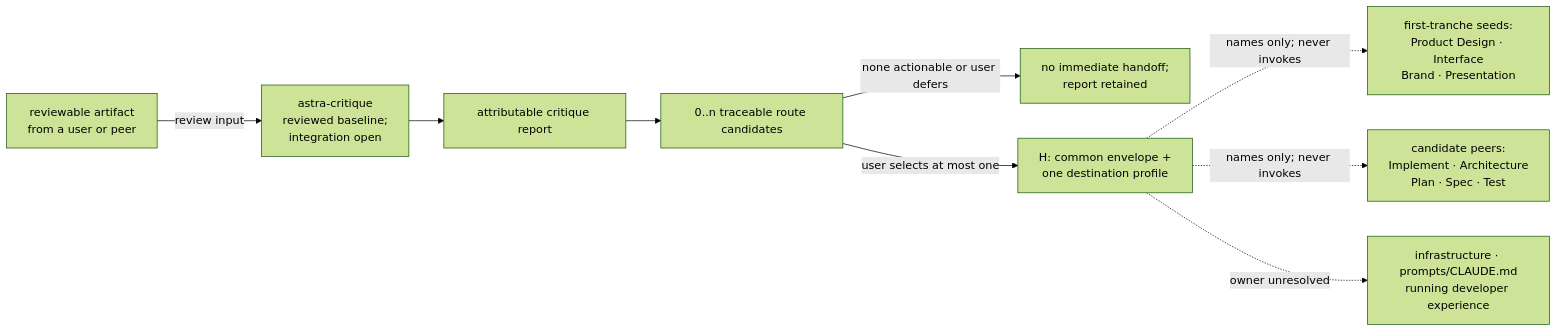
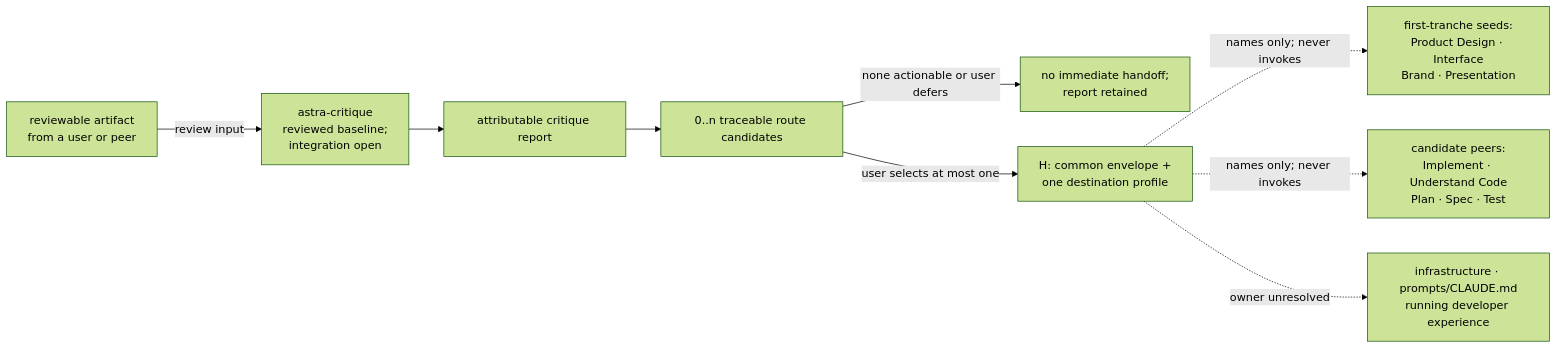
One commit to KuroPhoenix/Astra-Skills changed the second of 2 diagrams in docs/design-roadmap.md. Above: the diagram before and after it, drawn with Mermaid (forest theme). The commit also changed other lines of this file, not shown here.

````diff
--- a/docs/design-roadmap.md
+++ b/docs/design-roadmap.md
@@ -184,11 +189,11 @@
 ```mermaid
 flowchart LR
     artifact["reviewable artifact<br/>from a user or peer"] -->|review input| critique["astra-critique<br/>reviewed baseline;<br/>integration open"]
     critique --> report["attributable critique report"]
     report --> routes["0..n traceable route candidates"]
     routes -->|none actionable or user defers| none["no immediate handoff;<br/>report retained"]
     routes -->|user selects at most one| handoff["H: common envelope +<br/>one destination profile"]
     handoff -.->|names only; never invokes| seeded["first-tranche seeds:<br/>Product Design · Interface<br/>Brand · Presentation"]
-    handoff -.->|names only; never invokes| candidate["candidate peers:<br/>Implement · Architecture<br/>Plan · Spec · Test"]
+    handoff -.->|names only; never invokes| candidate["candidate peers:<br/>Implement · Understand Code<br/>Plan · Spec · Test"]
     handoff -.->|owner unresolved| unresolved["infrastructure · prompts/CLAUDE.md<br/>running developer experience"]
 ```
````
